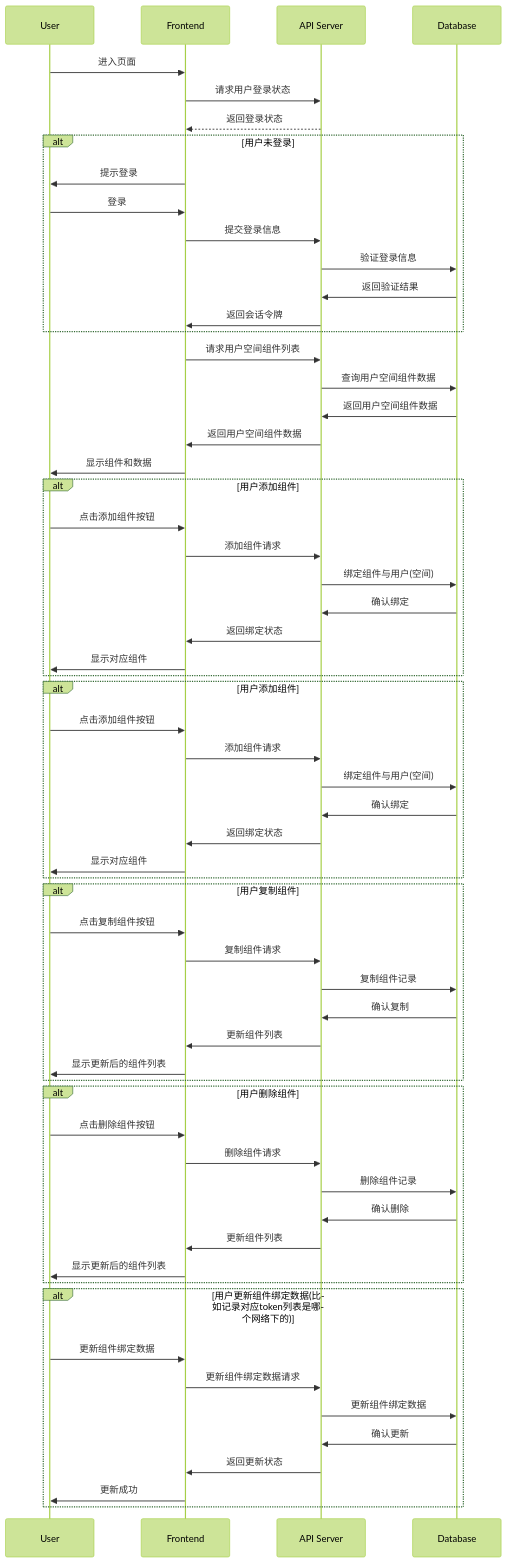
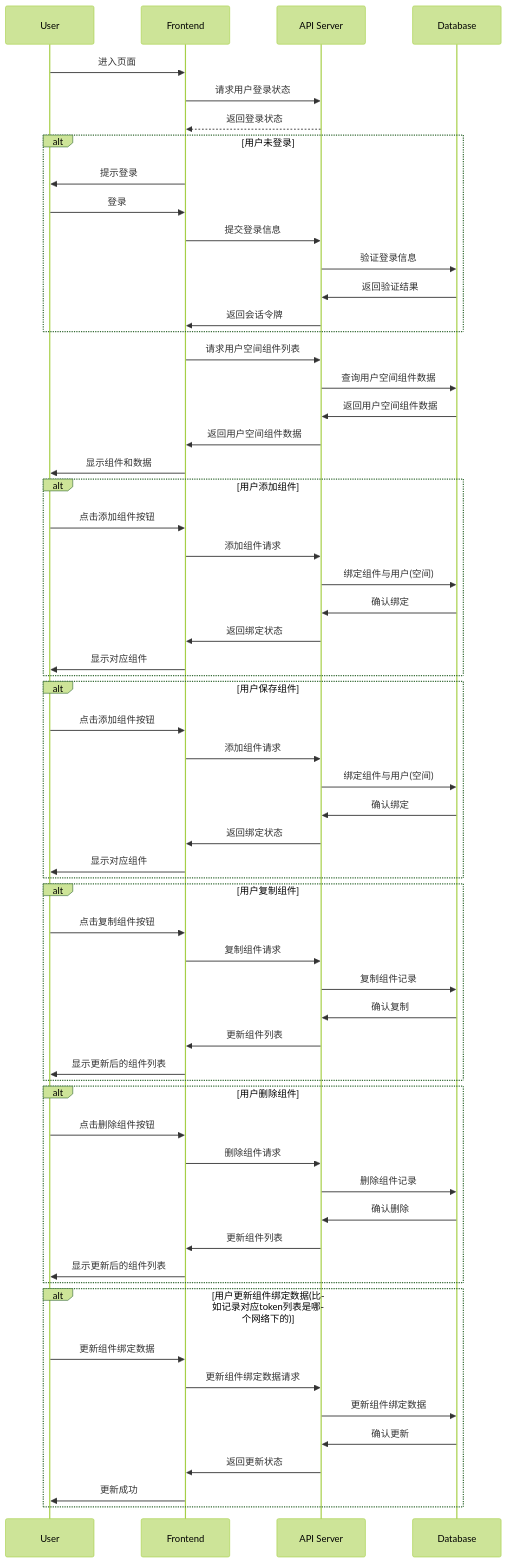
Before and after one commit to yingjianzh/iodraw-files: the diagram in all/未命名-7.md, drawn with Mermaid (forest theme).

Commit message:
2024-10-09 10:33:32 update

````diff
--- a/all/未命名-7.md
+++ b/all/未命名-7.md
@@ -1,71 +1,71 @@
 ```mermaid
 sequenceDiagram
     participant User
     participant Frontend
     participant API Server
     participant Database
 
     User->>Frontend: 进入页面
     Frontend->>API Server: 请求用户登录状态
     API Server-->>Frontend: 返回登录状态
     alt 用户未登录
         Frontend->>User: 提示登录
         User->>Frontend: 登录
         Frontend->>API Server: 提交登录信息
         API Server->>Database: 验证登录信息
         Database->>API Server: 返回验证结果
         API Server->>Frontend: 返回会话令牌
     end
 
     Frontend->>API Server: 请求用户空间组件列表
     API Server->>Database: 查询用户空间组件数据
     Database->>API Server: 返回用户空间组件数据
     API Server->>Frontend: 返回用户空间组件数据
     Frontend->>User: 显示组件和数据
 
     alt 用户添加组件
         User->>Frontend: 点击添加组件按钮
         Frontend->>API Server: 添加组件请求
         API Server->>Database: 绑定组件与用户(空间)
         Database->>API Server: 确认绑定
         API Server->>Frontend: 返回绑定状态
         Frontend->>User: 显示对应组件
     end
 
-    alt 用户添加组件
+    alt 用户保存组件
         User->>Frontend: 点击添加组件按钮
         Frontend->>API Server: 添加组件请求
         API Server->>Database: 绑定组件与用户(空间)
         Database->>API Server: 确认绑定
         API Server->>Frontend: 返回绑定状态
         Frontend->>User: 显示对应组件
     end
 
     alt 用户复制组件
         User->>Frontend: 点击复制组件按钮
         Frontend->>API Server: 复制组件请求
         API Server->>Database: 复制组件记录
         Database->>API Server: 确认复制
         API Server->>Frontend: 更新组件列表
         Frontend->>User: 显示更新后的组件列表
     end
 
     alt 用户删除组件
         User->>Frontend: 点击删除组件按钮
         Frontend->>API Server: 删除组件请求
         API Server->>Database: 删除组件记录
         Database->>API Server: 确认删除
         API Server->>Frontend: 更新组件列表
         Frontend->>User: 显示更新后的组件列表
     end
 
     alt 用户更新组件绑定数据(比如记录对应token列表是哪个网络下的)
         User->>Frontend: 更新组件绑定数据
         Frontend->>API Server: 更新组件绑定数据请求
         API Server->>Database: 更新组件绑定数据
         Database->>API Server: 确认更新
         API Server->>Frontend: 返回更新状态
         Frontend->>User: 更新成功
     end
 
 ```
````
